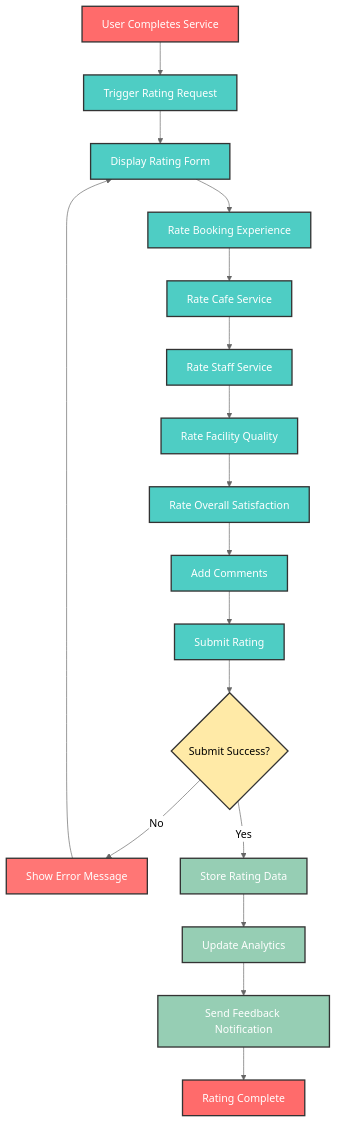
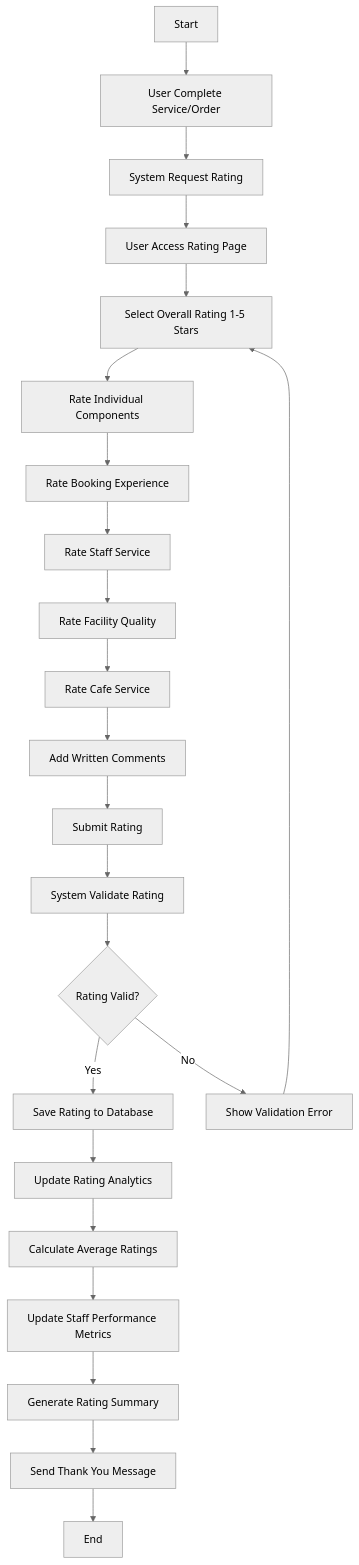
Diagram 16 of 35 in Planing/06-uml-diagrams.md (BlackCoffeee/raujan_pool), drawn with Mermaid (neutral theme) before and after one commit. The commit also changed other lines of this file, not shown here.

````diff
--- a/Planing/06-uml-diagrams.md
+++ b/Planing/06-uml-diagrams.md
@@ -1637,43 +1512,25 @@
 ```mermaid
-graph TD
-    A[User Completes Service] --> B[Trigger Rating Request]
-    B --> C[Display Rating Form]
-    C --> D[Rate Booking Experience]
-    D --> E[Rate Cafe Service]
-    E --> F[Rate Staff Service]
-    F --> G[Rate Facility Quality]
-    G --> H[Rate Overall Satisfaction]
-    H --> I[Add Comments]
-    I --> J[Submit Rating]
-    J --> K{Submit Success?}
-    K -->|No| L[Show Error Message]
-    L --> C
-    K -->|Yes| M[Store Rating Data]
-    M --> N[Update Analytics]
-    N --> O[Send Feedback Notification]
-    O --> P[Rating Complete]
-
-    %% Custom styling
-    classDef start-end fill:#ff6b6b,stroke:#333,stroke-width:2px,color:#fff
-    classDef process fill:#4ecdc4,stroke:#333,stroke-width:2px,color:#fff
-    classDef decision fill:#ffeaa7,stroke:#333,stroke-width:2px,color:#000
-    classDef success fill:#96ceb4,stroke:#333,stroke-width:2px,color:#fff
-    classDef failure fill:#ff7675,stroke:#333,stroke-width:2px,color:#fff
-
-    A:::start-end
-    B:::process
-    C:::process
-    D:::process
-    E:::process
-    F:::process
-    G:::process
-    H:::process
-    I:::process
-    J:::process
-    K:::decision
-    L:::failure
-    M:::success
-    N:::success
-    O:::success
-    P:::start-end
+flowchart TD
+    A[Start] --> B[User Complete Service/Order]
+    B --> C[System Request Rating]
+    C --> D[User Access Rating Page]
+    D --> E[Select Overall Rating 1-5 Stars]
+    E --> F[Rate Individual Components]
+    F --> G[Rate Booking Experience]
+    G --> H[Rate Staff Service]
+    H --> I[Rate Facility Quality]
+    I --> J[Rate Cafe Service]
+    J --> K[Add Written Comments]
+    K --> L[Submit Rating]
+    L --> M[System Validate Rating]
+    M --> N{Rating Valid?}
+    N -->|Yes| O[Save Rating to Database]
+    N -->|No| P[Show Validation Error]
+    P --> E
+    O --> Q[Update Rating Analytics]
+    Q --> R[Calculate Average Ratings]
+    R --> S[Update Staff Performance Metrics]
+    S --> T[Generate Rating Summary]
+    T --> U[Send Thank You Message]
+    U --> V[End]
 ```
````
